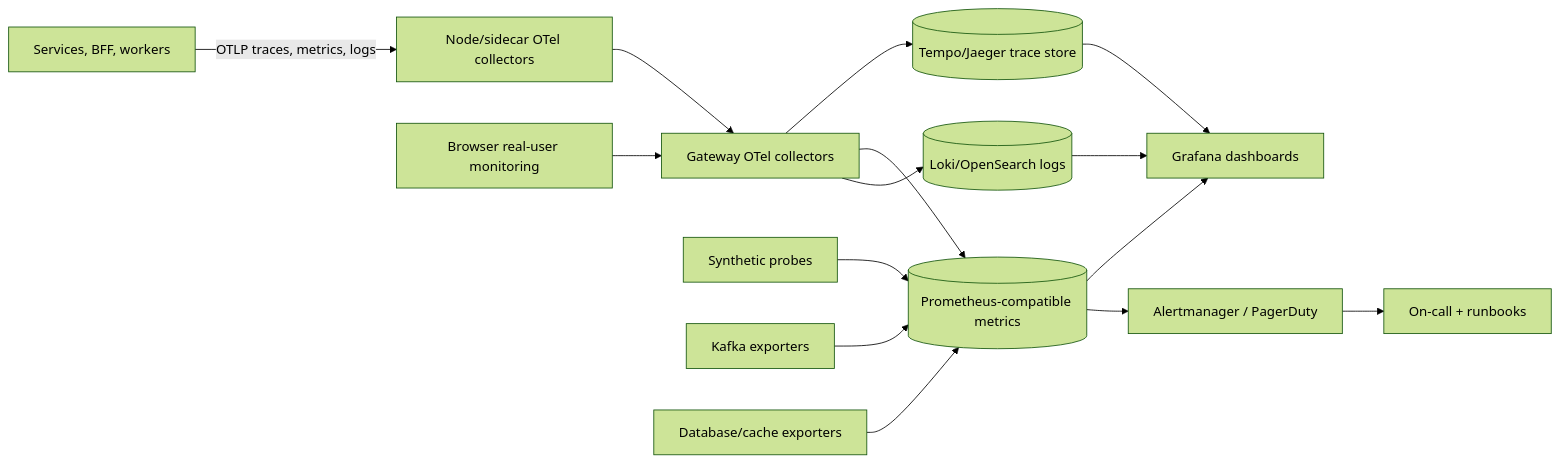
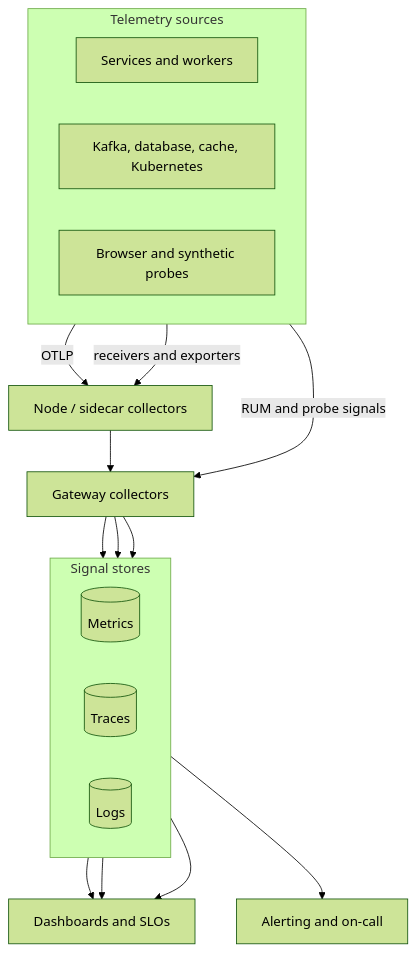
Before and after one commit to samhmariam/udacity-software-architect-nanodegree: diagram 11 of 13 in project-03-real-time-fraud-detection/README.md, drawn with Mermaid (forest theme). The commit also changed other lines of this file, not shown here.

First line of the commit message:
Expand fraud architecture README details

````diff
--- a/project-03-real-time-fraud-detection/README.md
+++ b/project-03-real-time-fraud-detection/README.md
@@ -446,16 +468,29 @@
 ```mermaid
-flowchart LR
-    APP[Services, BFF, workers] -->|OTLP traces, metrics, logs| CA[Node/sidecar OTel collectors]
-    CA --> CG[Gateway OTel collectors]
-    CG --> TR[(Tempo/Jaeger trace store)]
-    CG --> ME[(Prometheus-compatible metrics)]
-    CG --> LO[(Loki/OpenSearch logs)]
-    FE[Browser real-user monitoring] --> CG
-    SYN[Synthetic probes] --> ME
-    K[Kafka exporters] --> ME
-    DB[Database/cache exporters] --> ME
-    ME --> G[Grafana dashboards]
-    TR & LO --> G
-    ME --> AM[Alertmanager / PagerDuty]
-    AM --> ON[On-call + runbooks]
+flowchart TB
+    subgraph SOURCES[Telemetry sources]
+        direction LR
+        APP[Services and workers]
+        INFRA[Kafka, database, cache, Kubernetes]
+        CLIENT[Browser and synthetic probes]
+    end
+
+    APP -->|OTLP| LOCAL[Node / sidecar collectors]
+    INFRA -->|receivers and exporters| LOCAL
+    CLIENT -->|RUM and probe signals| GATEWAY[Gateway collectors]
+    LOCAL --> GATEWAY
+
+    subgraph STORES[Signal stores]
+        direction LR
+        METRICS[(Metrics)]
+        TRACES[(Traces)]
+        LOGS[(Logs)]
+    end
+    GATEWAY --> METRICS
+    GATEWAY --> TRACES
+    GATEWAY --> LOGS
+
+    METRICS --> DASH[Dashboards and SLOs]
+    TRACES --> DASH
+    LOGS --> DASH
+    METRICS --> ALERTING[Alerting and on-call]
 ```
````
